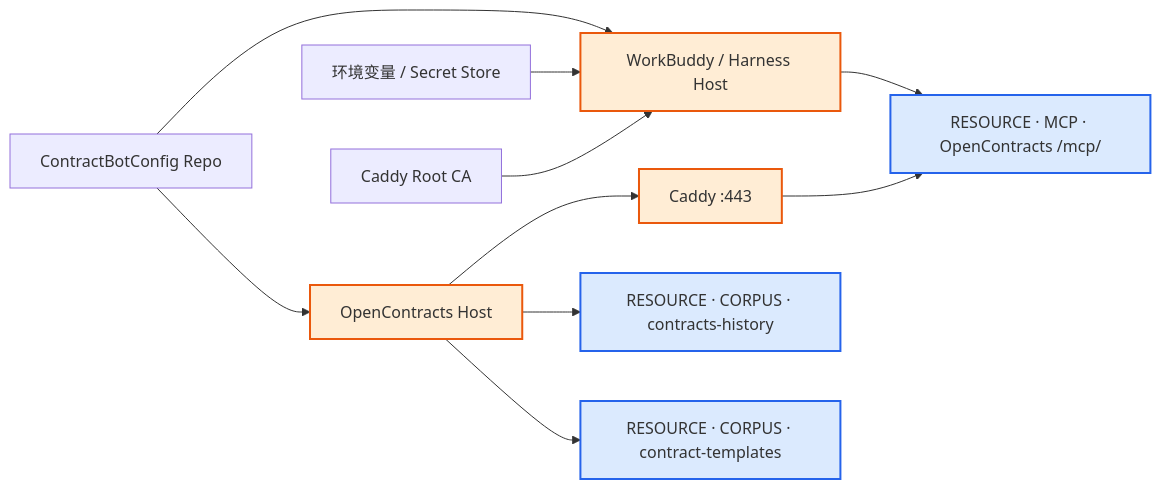
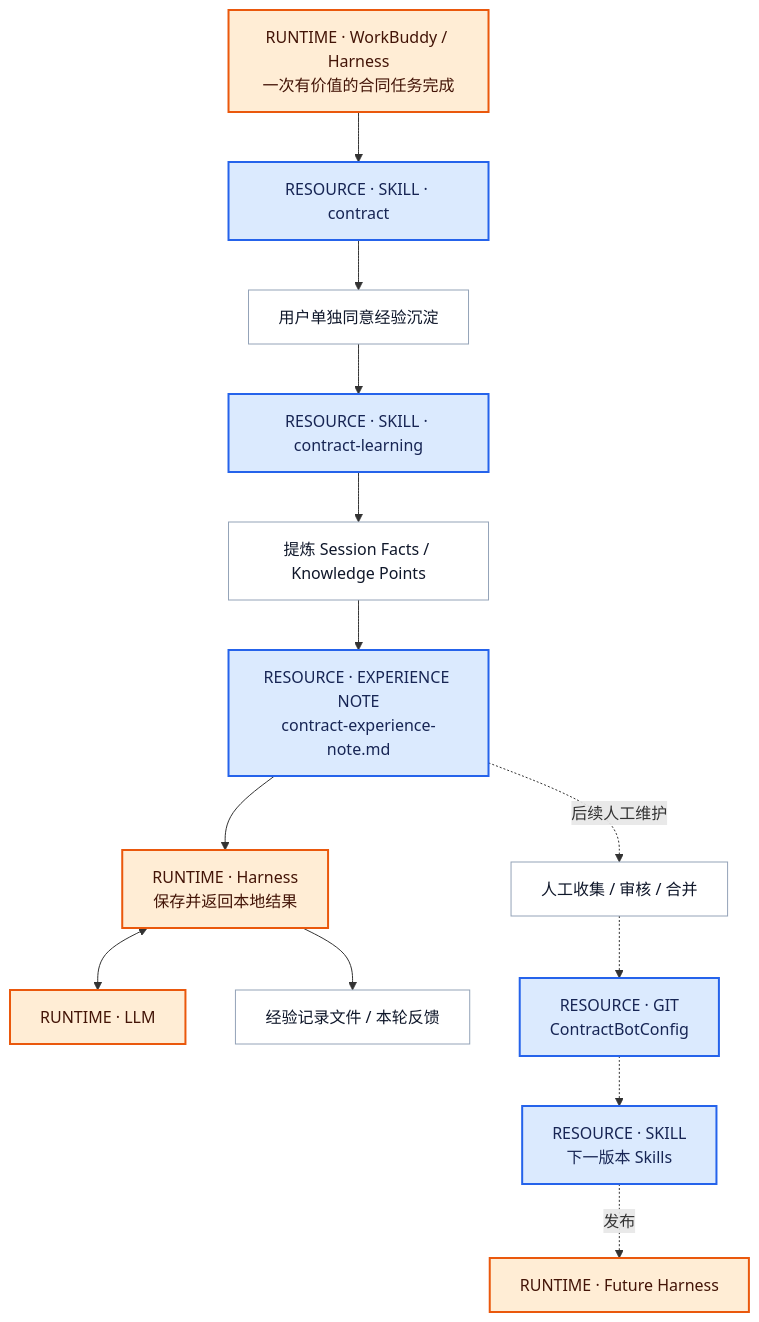
One commit to Ri0n72Y/ContractBotConfig changed the fifth of 5 diagrams in docs/architecture/c4.md. Above: the diagram before and after it, drawn with Mermaid. The commit also changed other lines of this file, not shown here.

Commit message:
docs: split architecture into compact business flow diagrams

````diff
--- a/docs/architecture/c4.md
+++ b/docs/architecture/c4.md
@@ -94,17 +228,25 @@
 ```mermaid
-flowchart LR
-    G[ContractBotConfig Repo] --> H[WorkBuddy / Harness Host]
-    G --> O[OpenContracts Host]
-    E[环境变量 / Secret Store] --> H
-    CA[Caddy Root CA] --> H
-    H --> M[RESOURCE · MCP · OpenContracts /mcp/]
-    O --> C[Caddy :443]
-    C --> M
-    O --> HC[RESOURCE · CORPUS · contracts-history]
-    O --> TC[RESOURCE · CORPUS · contract-templates]
+flowchart TB
+    H0["RUNTIME · WorkBuddy / Harness<br/>一次有价值的合同任务完成"]:::runtime
+    S1["RESOURCE · SKILL · contract"]:::resource
+    A["用户单独同意经验沉淀"]:::process
+    S2["RESOURCE · SKILL · contract-learning"]:::resource
+    P["提炼 Session Facts / Knowledge Points"]:::process
+    N["RESOURCE · EXPERIENCE NOTE<br/>contract-experience-note.md"]:::resource
+    H1["RUNTIME · Harness<br/>保存并返回本地结果"]:::runtime
+    LLM["RUNTIME · LLM"]:::runtime
+    OUT["经验记录文件 / 本轮反馈"]:::process
 
-    classDef resource fill:#dbeafe,stroke:#2563eb,stroke-width:2px;
-    classDef platform fill:#ffedd5,stroke:#ea580c,stroke-width:2px;
-    class M,HC,TC resource;
-    class H,O,C platform;
+    H0 --> S1 --> A --> S2 --> P --> N --> H1
+    H1 <--> LLM
+    H1 --> OUT
+
+    N -. 后续人工维护 .-> R["人工收集 / 审核 / 合并"]:::process
+    R -.-> G["RESOURCE · GIT<br/>ContractBotConfig"]:::resource
+    G -.-> SN["RESOURCE · SKILL<br/>下一版本 Skills"]:::resource
+    SN -. 发布 .-> HF["RUNTIME · Future Harness"]:::runtime
+
+    classDef resource fill:#dbeafe,stroke:#2563eb,color:#172554,stroke-width:2px;
+    classDef runtime fill:#ffedd5,stroke:#ea580c,color:#431407,stroke-width:2px;
+    classDef process fill:#ffffff,stroke:#94a3b8,color:#0f172a,stroke-width:1px;
 ```
````
